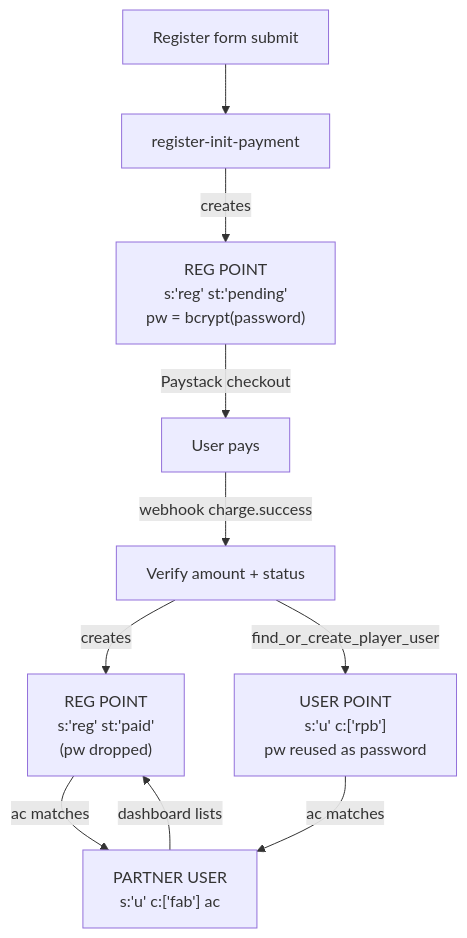
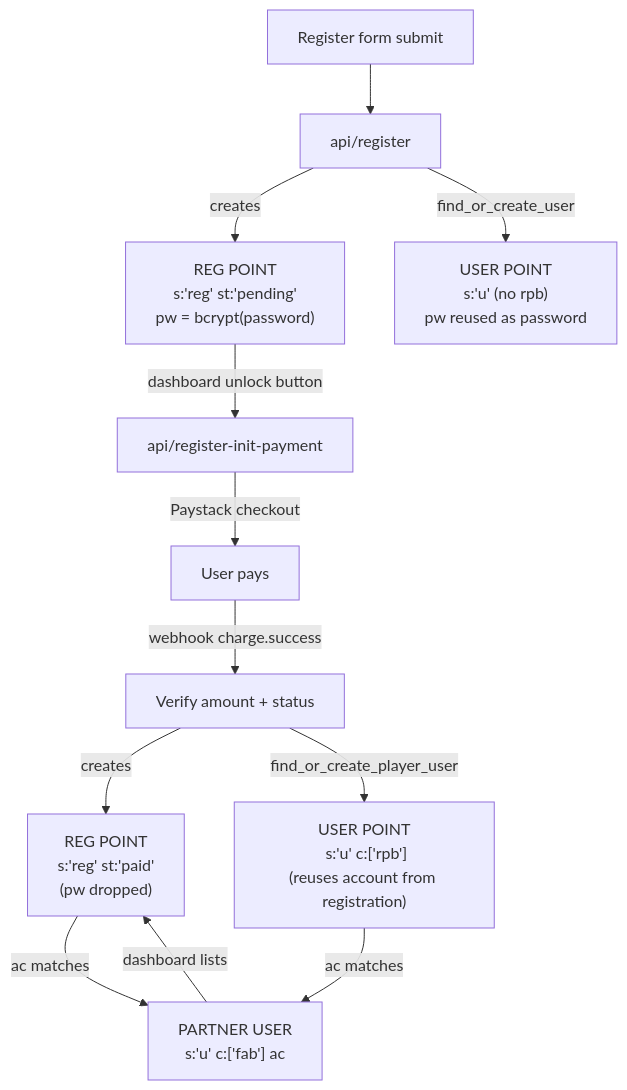
One commit to angelwingscomms/beee changed the second of 2 diagrams in docs/data-model.md. Above: the diagram before and after it, drawn with Mermaid. The commit also changed other lines of this file and 2 other files, not shown here.

Commit message:
docs: about.md + data-model.md reflect the free-registration model
about.md: 'Registration fee' row -> 'Full access fee'; Stage 2 bullet no
longer says the fee applies from Aug 11; 5.1 register free of charge with
optional ₦15,000 unlock; 5.3 rewritten as Full Access Fee (registration
free, ₦15,000 / ₦13,500 with partner code payable from dashboard); 5.5
flow is now register-free -> dashboard -> unlock button -> paystack popup
-> callback -> verify; 11.3 payment flow and 11.4 routes table split into
/api/register (free registration) and /api/register-init-payment (init
paystack for an existing pending registration).

data-model.md: lifecycle diagram updated to the two-step model — api/register
creates the pending reg + plain user (no rpb) in one step, the unlock button
inits paystack on the existing reg, confirm() adds rpb on the reused account.

193 tests green, svelte-check 0 errors.

````diff
--- a/docs/data-model.md
+++ b/docs/data-model.md
@@ -53,12 +53,14 @@
 ```mermaid
 flowchart TD
-    A[Register form submit] --> B[register-init-payment]
+    A[Register form submit] --> B[api/register]
     B -->|creates| C["REG POINT\n s:'reg' st:'pending'\npw = bcrypt(password)"]
-    C -->|Paystack checkout| D[User pays]
+    B -->|find_or_create_user| U["USER POINT\n s:'u' (no rpb)\npw reused as password"]
+    C -->|dashboard unlock button| I[api/register-init-payment]
+    I -->|Paystack checkout| D[User pays]
     D -->|webhook charge.success| E[Verify amount + status]
     E -->|creates| F["REG POINT\n s:'reg' st:'paid'\n(pw dropped)"]
-    E -->|find_or_create_player_user| G["USER POINT\n s:'u' c:['rpb']\npw reused as password"]
+    E -->|find_or_create_player_user| G["USER POINT\n s:'u' c:['rpb']\n(reuses account from registration)"]
     F -->|ac matches| H["PARTNER USER\n s:'u' c:['fab'] ac"]
     G -->|ac matches| H
     H -->|dashboard lists| F
 ```
````
